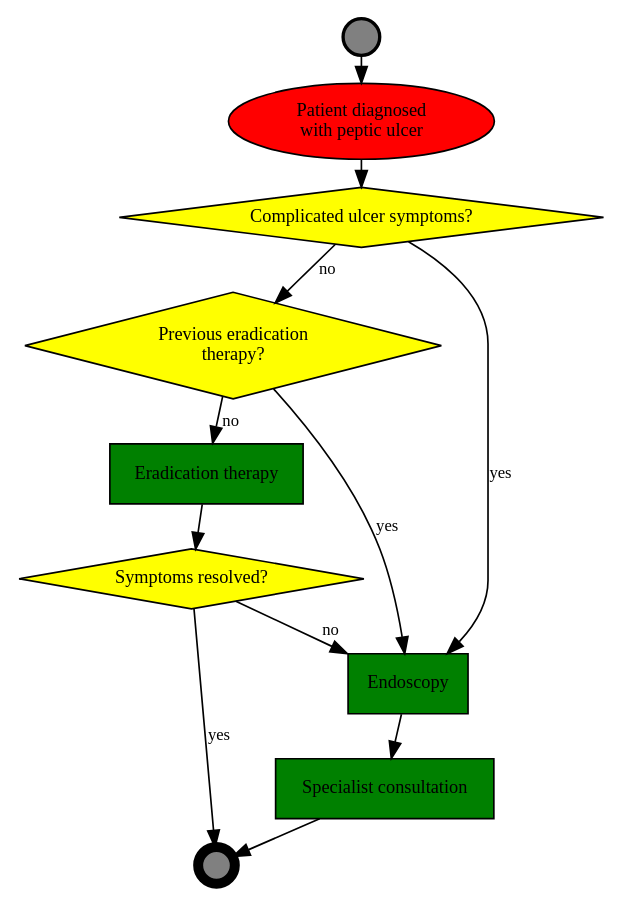
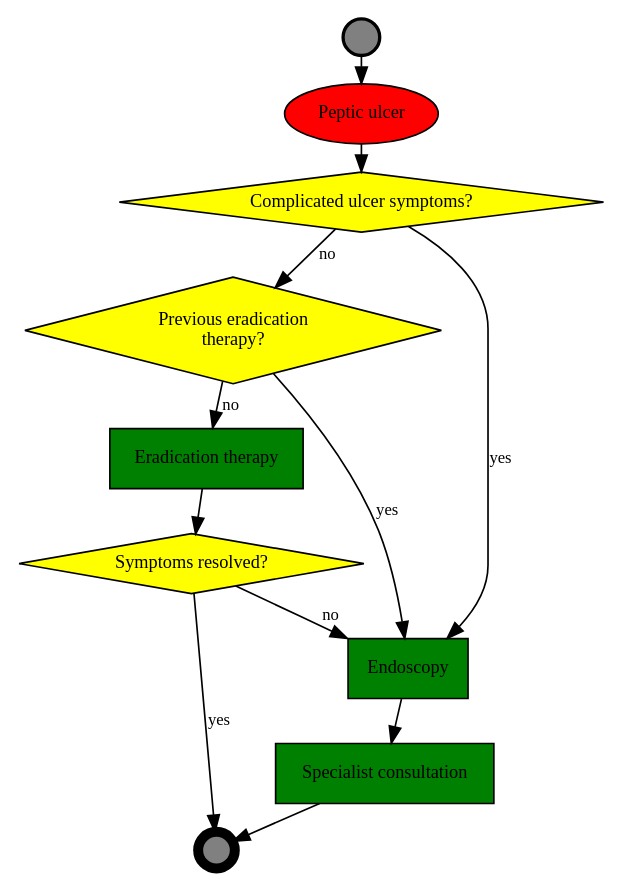
Before and after one commit to dradka/Program: the diagram in algorytmy/peptic-ulcer.dot, drawn with Graphviz. The commit also changed 6 other files, not shown here.

```diff
--- a/algorytmy/peptic-ulcer.dot
+++ b/algorytmy/peptic-ulcer.dot
@@ -1,38 +1,38 @@
 digraph PE {
 	ranksep=0.1;
 	node [shape=box, style=filled, fillcolor=green, fontname=Calibri, fontsize=11];
 	edge [fontname="Calibri Italic", fontsize=10];
 
 	// Context
-	c_pe [label="Patient diagnosed \n with peptic ulcer", shape=oval, style=filled, fillcolor=red];
+	c_pe [label="Peptic ulcer", shape=oval, style=filled, fillcolor=red];
 	
 	// Event nodes
 	e_start [shape=circle, label="", width=0.3, penwidth=2, fillcolor="gray"];
 	e_end [shape=circle, label="", width=0.3, penwidth=6, fillcolor="gray"];
 	
 	// Decision nodes
 	d_symptoms [shape=diamond, fillcolor=yellow, label="Complicated ulcer symptoms?"];
 	//d_current_nsaid [shape=diamond, fillcolor=yellow, label="Currently using NSAID?"];
 	d_prev_et [shape=diamond, fillcolor=yellow, label="Previous eradication \n therapy?"];
 	d_resolved [shape=diamond, fillcolor=yellow, label="Symptoms resolved?"];
 
 	// Action nodes
 	// a_stop_nsaid [label="Stop NSAID"];
 	a_et [label="Eradication therapy"];
 	a_endo [label="Endoscopy"];
 	a_consult [label="Specialist consultation"];
 	
 	// Arcs
 	e_start -> c_pe -> d_symptoms;
 	d_symptoms -> a_endo [label="yes"];
 	a_endo -> a_consult -> e_end;
 	d_symptoms -> d_prev_et [label="no"];
 //	d_current_nsaid -> a_stop_nsaid [label="yes"];
 //	a_stop_nsaid -> e_end;
 //	d_current_nsaid -> d_prev_et [label="no"];
 	d_prev_et -> a_endo [label="yes"];
 	d_prev_et -> a_et [label="no"];
 	a_et -> d_resolved;
 	d_resolved -> e_end [label="yes"];
 	d_resolved -> a_endo [label="no"];
 }
```
